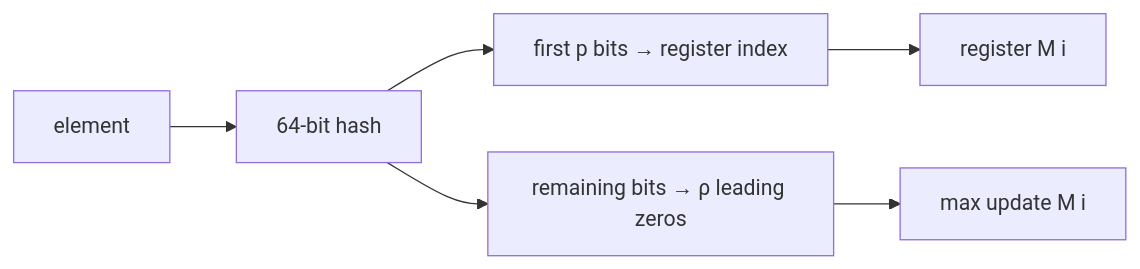
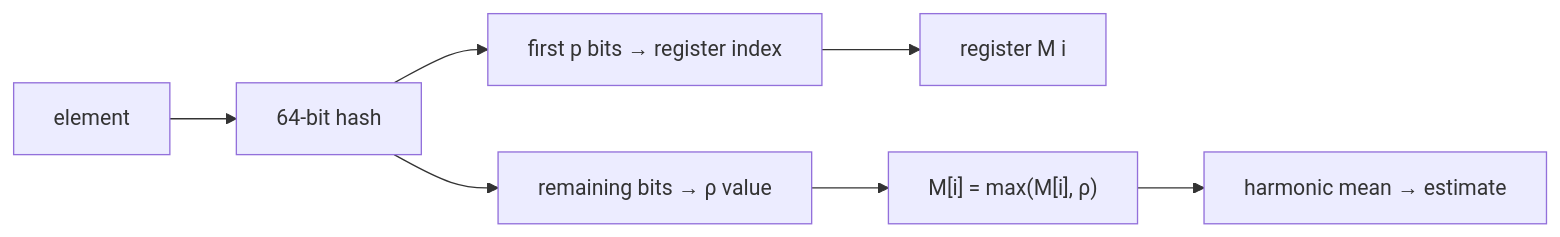
The second of 13 diagrams in 13-advanced-topics/README.md (hareramcse/SystemDesign), drawn with Mermaid before and after one commit. The commit also changed other lines of this file, not shown here.

````diff
--- a/13-advanced-topics/README.md
+++ b/13-advanced-topics/README.md
@@ -368,8 +446,9 @@
 ```mermaid
 flowchart LR
     E[element] --> H[64-bit hash]
     H --> Idx[first p bits → register index]
-    H --> Rho[remaining bits → ρ leading zeros]
+    H --> Rho[remaining bits → ρ value]
     Idx --> Reg[register M i]
-    Rho --> Update[max update M i]
+    Rho --> Update["M[i] = max(M[i], ρ)"]
+    Update --> Est[harmonic mean → estimate]
 ```
````
